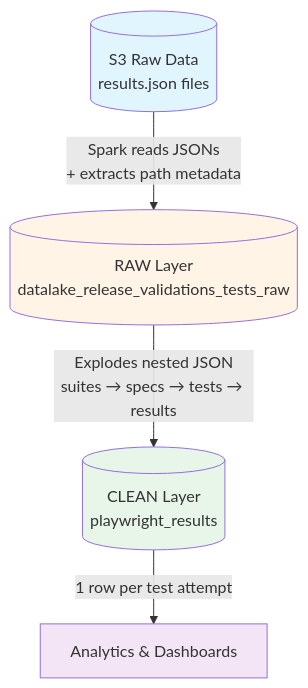
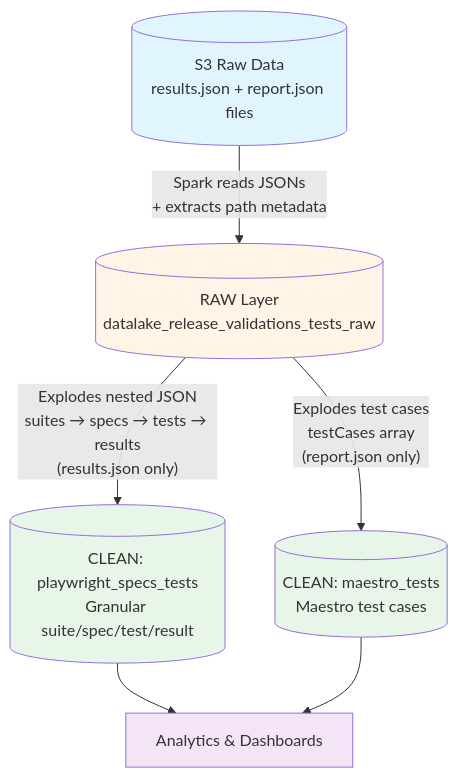
Before and after one commit to joseotaviorf/oh-my-pi: the first of 5 diagrams in dags/tech_platform/release_validations_tests/README.md, drawn with Mermaid. The commit also changed other lines of this file and 5 other files, not shown here.

First line of the commit message:
SWAT Team - Add maestro_tests table for release validation test results processing (#21062)

````diff
--- a/dags/tech_platform/release_validations_tests/README.md
+++ b/dags/tech_platform/release_validations_tests/README.md
@@ -24,16 +24,20 @@
 ```mermaid
 graph TB
-    S3[("S3 Raw Data<br/>results.json files")]
+    S3[("S3 Raw Data<br/>results.json + report.json files")]
     RAW[("RAW Layer<br/>datalake_release_validations_tests_raw")]
-    CLEAN[("CLEAN Layer<br/>playwright_results")]
+    CLEAN_PW_SPECS[("CLEAN: playwright_specs_tests<br/>Granular suite/spec/test/result")]
+    CLEAN_MAESTRO[("CLEAN: maestro_tests<br/>Maestro test cases")]
     ANALYTICS["Analytics & Dashboards"]
 
     S3 -->|"Spark reads JSONs<br/>+ extracts path metadata"| RAW
-    RAW -->|"Explodes nested JSON<br/>suites → specs → tests → results"| CLEAN
-    CLEAN -->|"1 row per test attempt"| ANALYTICS
+    RAW -->|"Explodes nested JSON<br/>suites → specs → tests → results<br/>(results.json only)"| CLEAN_PW_SPECS
+    RAW -->|"Explodes test cases<br/>testCases array<br/>(report.json only)"| CLEAN_MAESTRO
+    CLEAN_PW_SPECS --> ANALYTICS
+    CLEAN_MAESTRO --> ANALYTICS
 
     style S3 fill:#e1f5ff
     style RAW fill:#fff4e6
-    style CLEAN fill:#e8f5e9
+    style CLEAN_PW_SPECS fill:#e8f5e9
+    style CLEAN_MAESTRO fill:#e8f5e9
     style ANALYTICS fill:#f3e5f5
 ```
````
